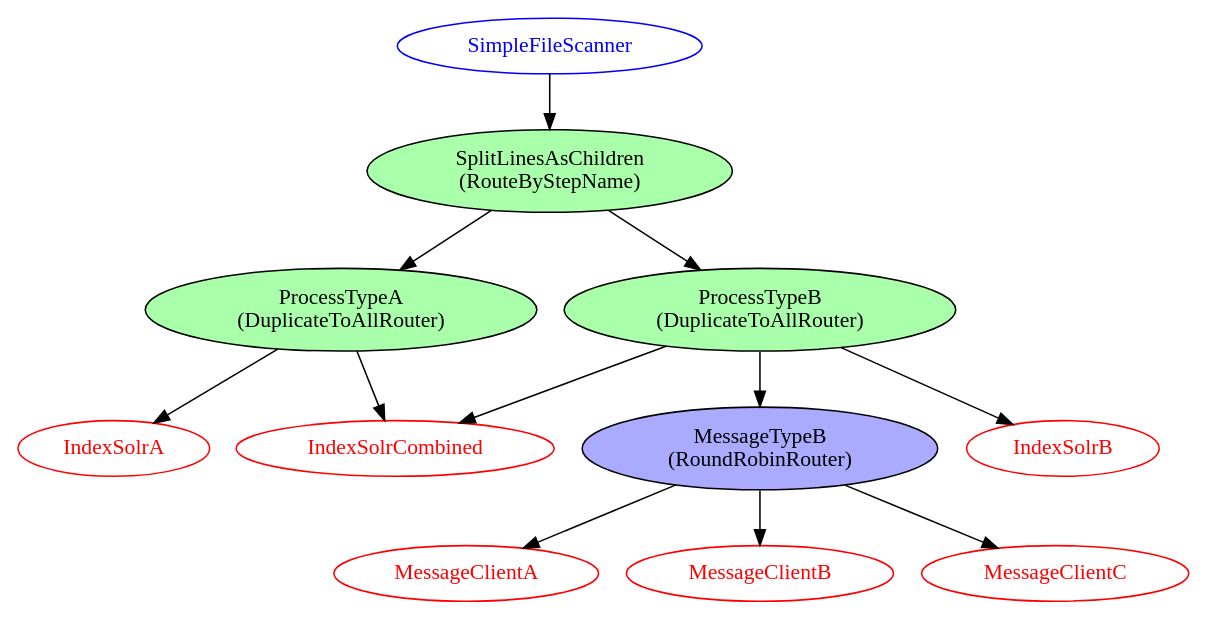
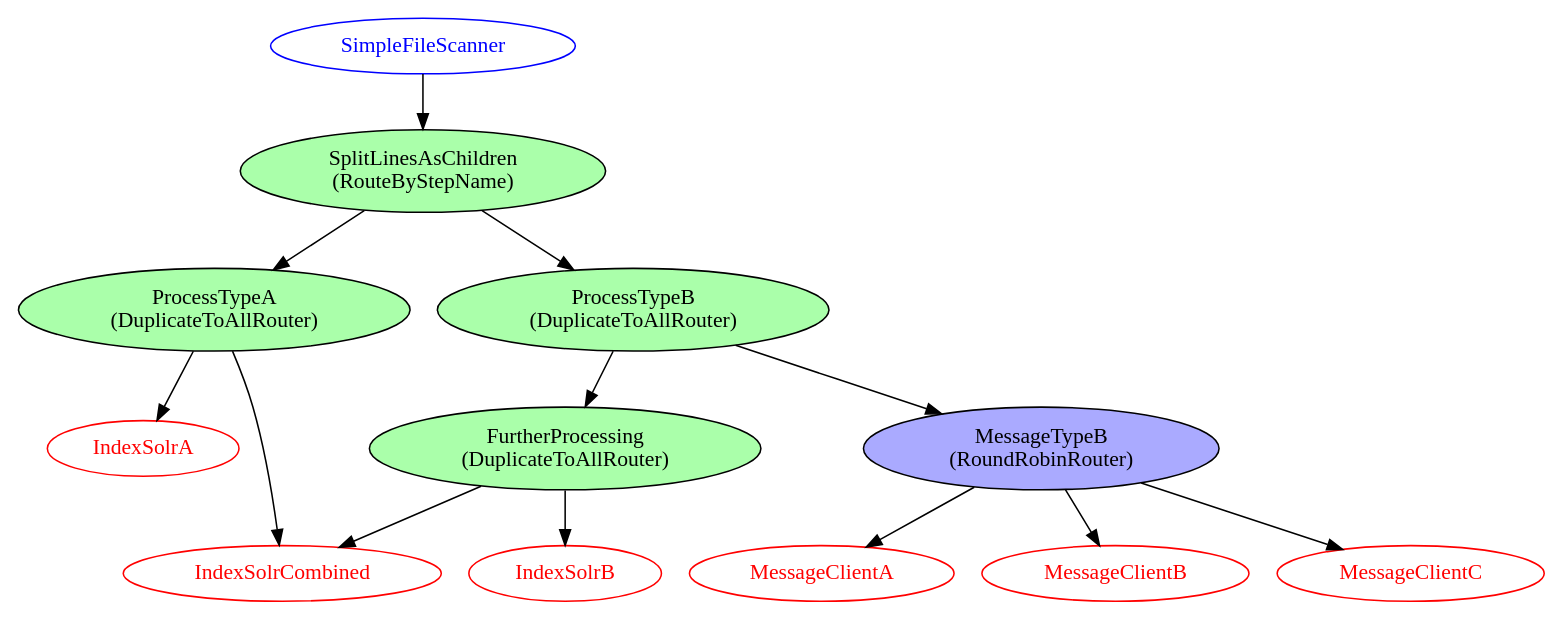
Before and after one commit to nsoft/jesterj: the diagram in code/examples/routing/src/main/graphviz/complex-routing.dot, drawn with Graphviz. The commit also changed 2 other files, not shown here.

```diff
--- a/code/examples/routing/src/main/graphviz/complex-routing.dot
+++ b/code/examples/routing/src/main/graphviz/complex-routing.dot
@@ -1,26 +1,28 @@
 digraph G {
   SimpleFileScanner[color="blue" fontcolor=blue]
   SplitLineAsChildren[label="SplitLinesAsChildren\n(RouteByStepName)" style="filled" fillcolor="#aaFFaa" ]
   ProcessTypeA[label="ProcessTypeA\n(DuplicateToAllRouter)" style="filled" fillcolor="#aaFFaa"]
   ProcessTypeB[label="ProcessTypeB\n(DuplicateToAllRouter)" style="filled" fillcolor="#aaFFaa"]
+  MoreTypeB[label="FurtherProcessing\n(DuplicateToAllRouter)" style="filled" fillcolor="#aaFFaa"]
   MessageB[label="MessageTypeB\n(RoundRobinRouter)" style="filled" fillcolor="#aaaaff"]
   MessageClientA[color=red fontcolor=red]
   MessageClientB[color=red fontcolor=red]
   MessageClientC[color=red fontcolor=red]
   IndexSolrA[color=red fontcolor=red]
   IndexSolrB[color=red fontcolor=red]
   IndexSolrCombined[color=red fontcolor=red]
 
 
   SimpleFileScanner -> SplitLineAsChildren
   SplitLineAsChildren -> ProcessTypeA
   SplitLineAsChildren -> ProcessTypeB
-  ProcessTypeB -> IndexSolrB
-  ProcessTypeB -> IndexSolrCombined
+  ProcessTypeB -> MoreTypeB
+  MoreTypeB -> IndexSolrCombined
+  MoreTypeB -> IndexSolrB
   ProcessTypeB -> MessageB
   ProcessTypeA -> IndexSolrA
   ProcessTypeA -> IndexSolrCombined
   MessageB->MessageClientA
   MessageB->MessageClientB
   MessageB->MessageClientC
 }
```
